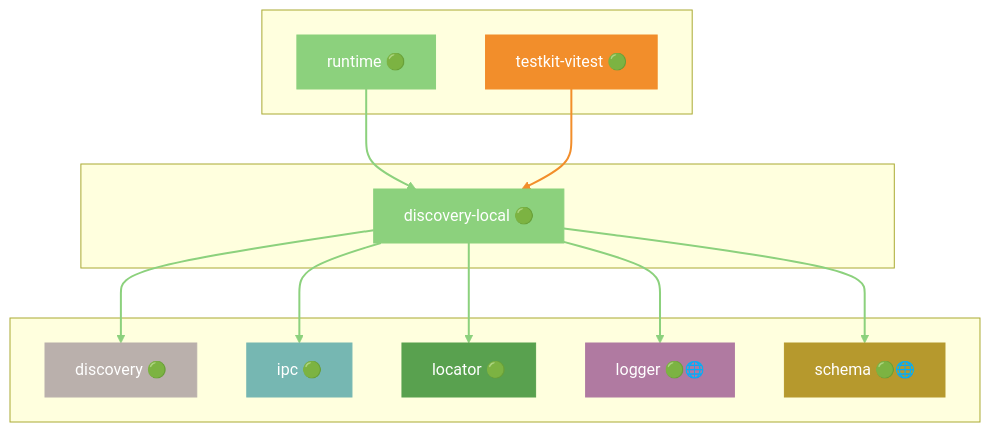
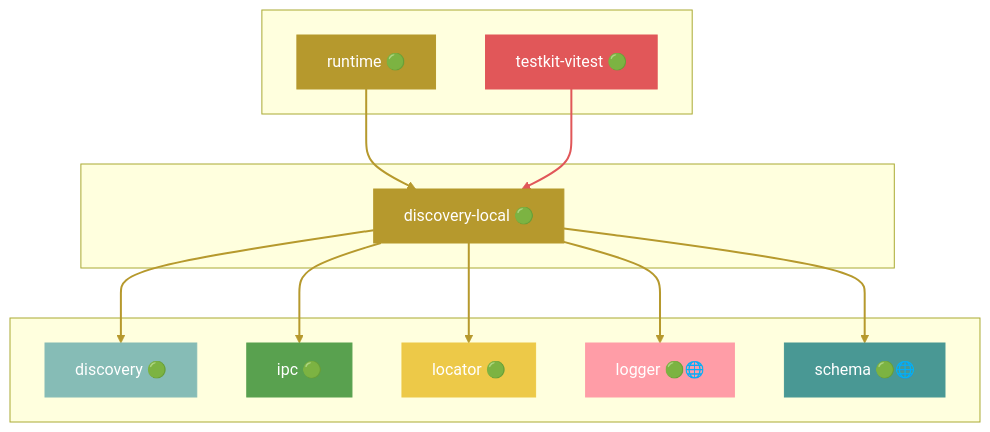
One commit to grest-ts/grest-ts changed diagram 14 of 43 in docs/DEPENDENCIES.md. Above: the diagram before and after it, drawn with Mermaid. The commit also changed other lines of this file and 14 other files, not shown here.

````diff
--- a/docs/DEPENDENCIES.md
+++ b/docs/DEPENDENCIES.md
@@ -765,39 +807,39 @@
 ```mermaid
 flowchart TB
     subgraph Dependents[" "]
         runtime["runtime 🟢"]
         testkit-vitest["testkit-vitest 🟢"]
     end
     subgraph Package[" "]
         discovery-local["discovery-local 🟢"]
     end
     subgraph Dependencies[" "]
         discovery["discovery 🟢"]
         ipc["ipc 🟢"]
         locator["locator 🟢"]
         logger["logger 🟢🌐"]
         schema["schema 🟢🌐"]
     end
     runtime --> discovery-local
     testkit-vitest --> discovery-local
     discovery-local --> discovery
     discovery-local --> ipc
     discovery-local --> locator
     discovery-local --> logger
     discovery-local --> schema
-    style discovery-local fill:#8CD17D,stroke:#8CD17D,color:#fff
-    style runtime fill:#8CD17D,stroke:#8CD17D,color:#fff
-    style testkit-vitest fill:#F28E2B,stroke:#F28E2B,color:#fff
-    style discovery fill:#BAB0AC,stroke:#BAB0AC,color:#fff
-    style ipc fill:#76B7B2,stroke:#76B7B2,color:#fff
-    style locator fill:#59A14F,stroke:#59A14F,color:#fff
-    style logger fill:#B07AA1,stroke:#B07AA1,color:#fff
-    style schema fill:#B6992D,stroke:#B6992D,color:#fff
-    linkStyle 0 stroke:#8CD17D,stroke-width:2px
-    linkStyle 1 stroke:#F28E2B,stroke-width:2px
-    linkStyle 2 stroke:#8CD17D,stroke-width:2px
-    linkStyle 3 stroke:#8CD17D,stroke-width:2px
-    linkStyle 4 stroke:#8CD17D,stroke-width:2px
-    linkStyle 5 stroke:#8CD17D,stroke-width:2px
-    linkStyle 6 stroke:#8CD17D,stroke-width:2px
+    style discovery-local fill:#B6992D,stroke:#B6992D,color:#fff
+    style runtime fill:#B6992D,stroke:#B6992D,color:#fff
+    style testkit-vitest fill:#E15759,stroke:#E15759,color:#fff
+    style discovery fill:#86BCB6,stroke:#86BCB6,color:#fff
+    style ipc fill:#59A14F,stroke:#59A14F,color:#fff
+    style locator fill:#EDC948,stroke:#EDC948,color:#fff
+    style logger fill:#FF9DA7,stroke:#FF9DA7,color:#fff
+    style schema fill:#499894,stroke:#499894,color:#fff
+    linkStyle 0 stroke:#B6992D,stroke-width:2px
+    linkStyle 1 stroke:#E15759,stroke-width:2px
+    linkStyle 2 stroke:#B6992D,stroke-width:2px
+    linkStyle 3 stroke:#B6992D,stroke-width:2px
+    linkStyle 4 stroke:#B6992D,stroke-width:2px
+    linkStyle 5 stroke:#B6992D,stroke-width:2px
+    linkStyle 6 stroke:#B6992D,stroke-width:2px
 ```
````
